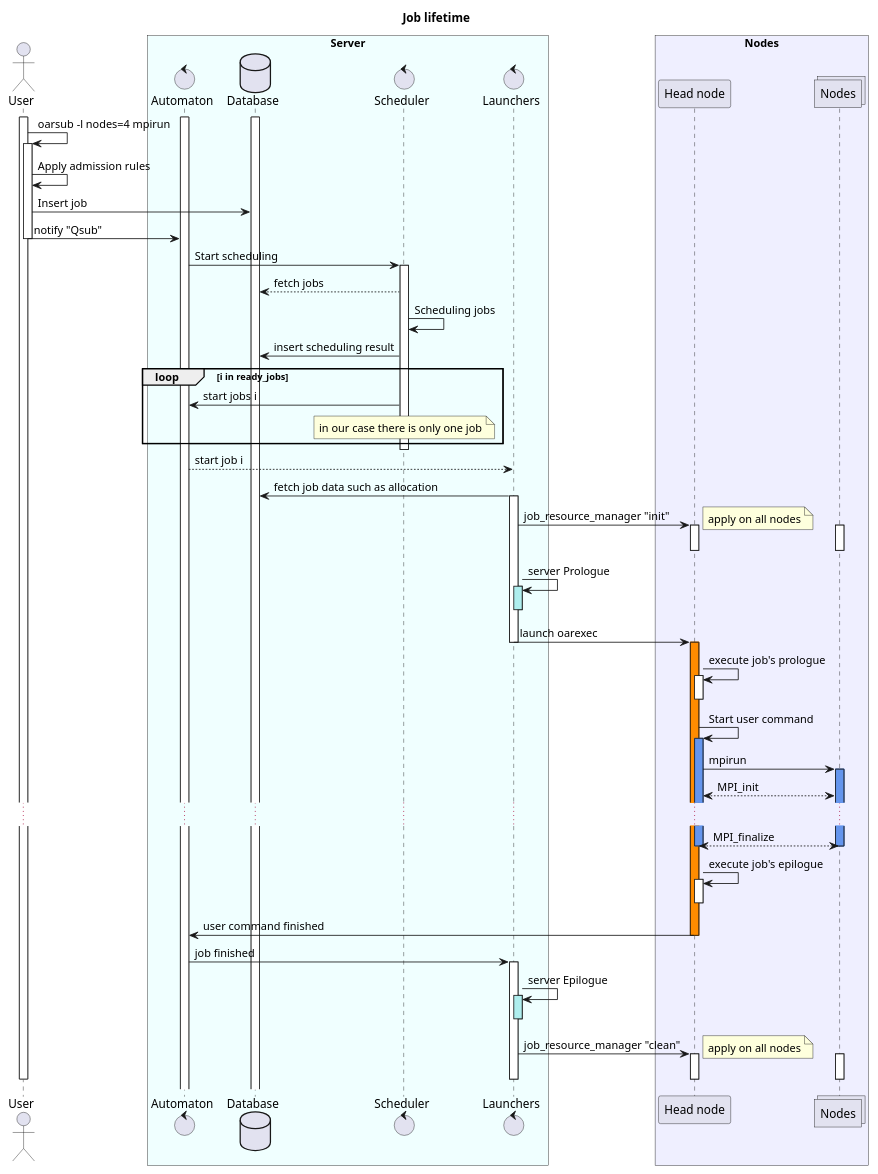
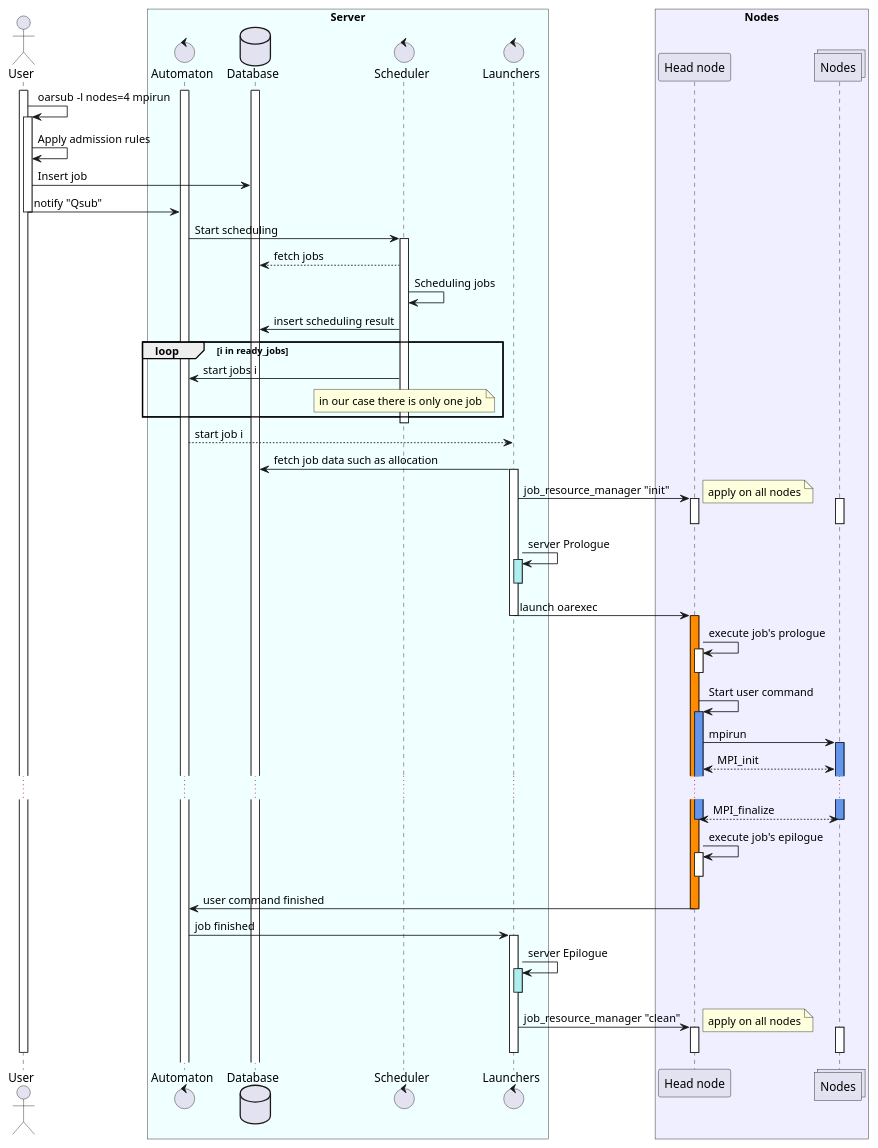
The diagram in docs/developer/diagrams/oar_job_lifetime.pu (oar-team/oar3), drawn with PlantUML before and after one commit. The commit also changed 10 other files, not shown here.

Commit message:
[docs] comment job execution chain diagram

```diff
--- a/docs/developer/diagrams/oar_job_lifetime.pu
+++ b/docs/developer/diagrams/oar_job_lifetime.pu
@@ -1,96 +1,94 @@
 @startuml
-title Job lifetime
-
 actor User as user
 
 box "Server" #Azure
   control Automaton as alm
   database Database as data
   control Scheduler as sch
   control Launchers as bipbip
 end box
 box "Nodes" #MOTIVATION
   participant "Head node" as head
   collections Nodes as nodes
 end box
 
 alm++
 user++
 data++
 
 user -> user: oarsub -l nodes=4 mpirun
 activate user
 user -> user: Apply admission rules
 user -> data: Insert job
 user -> alm: notify "Qsub"
 deactivate user
 
 alm -> sch++: Start scheduling
 sch --> data: fetch jobs
 sch -> sch: Scheduling jobs
 sch -> data: insert scheduling result
 
 loop i in ready_jobs
   sch -> alm: start jobs i
   note over sch: in our case there is only one job
 end loop
 sch--
 
 alm --> bipbip: start job i
 bipbip -> data : fetch job data such as allocation
 bipbip++
 
 bipbip -> head++ : job_resource_manager "init"
 nodes++
 note right: apply on all nodes
 head--
 nodes--
 
 bipbip -> bipbip : server Prologue
 activate bipbip #PaleTurquoise
 deactivate bipbip
 
 bipbip -> head : launch oarexec
 bipbip--
 activate head #DarkOrange
 
 head -> head++: execute job's prologue
 head--
 
 head -> head: Start user command
 activate head #CornflowerBlue
 head -> nodes : mpirun
 activate nodes #CornflowerBlue
 
 head <--> nodes : MPI_init
 
 ...
 
 head <--> nodes : MPI_finalize
 
 head--
 nodes--
 
 head -> head++: execute job's epilogue
 
 deactivate head
 
 head -> alm : user command finished
 head--
 
 alm -> bipbip++ : job finished
 
 bipbip -> bipbip : server Epilogue
 activate bipbip #PaleTurquoise
 deactivate bipbip
 
 bipbip -> head++ : job_resource_manager "clean"
 nodes++
 note right: apply on all nodes
 
 head--
 nodes--
 user--
 bipbip--
 
 @endumlgo
```
